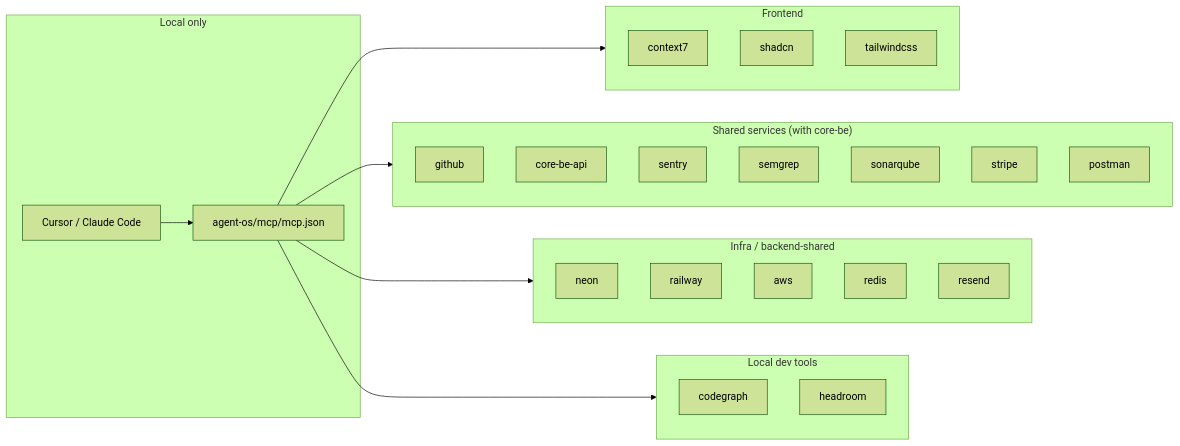
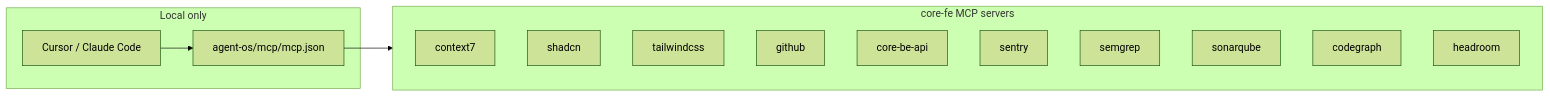
Before and after one commit to nikunjmavani/core-fe: the diagram in agent-os/docs/cursor-mcp-setup.md, drawn with Mermaid (forest theme). The commit also changed other lines of this file and 1 other file, not shown here.

First line of the commit message:
refactor(mcp): keep core-fe's MCP set frontend-only — decouple from core-be

````diff
--- a/agent-os/docs/cursor-mcp-setup.md
+++ b/agent-os/docs/cursor-mcp-setup.md
@@ -7,37 +7,21 @@
 ```mermaid
 flowchart LR
   subgraph local["Local only"]
     C[Cursor / Claude Code]
     M[agent-os/mcp/mcp.json]
   end
-  subgraph fe["Frontend"]
+  subgraph mcps["core-fe MCP servers"]
     C7[context7]
     S[shadcn]
     T[tailwindcss]
-  end
-  subgraph shared["Shared services (with core-be)"]
     GH[github]
     BE[core-be-api]
     SE[sentry]
     SG[semgrep]
     SQ[sonarqube]
-    ST[stripe]
-    PM[postman]
-  end
-  subgraph infra["Infra / backend-shared"]
-    NE[neon]
-    RW[railway]
-    AW[aws]
-    RE[redis]
-    RS[resend]
-  end
-  subgraph dev["Local dev tools"]
     CG[codegraph]
     HR[headroom]
   end
   C --> M
-  M --> fe
-  M --> shared
-  M --> infra
-  M --> dev
+  M --> mcps
 ```
````
